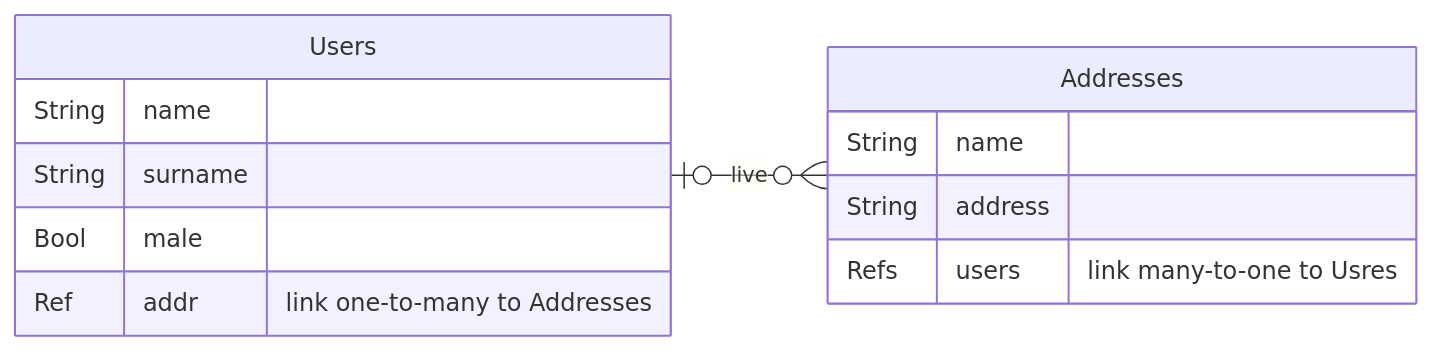
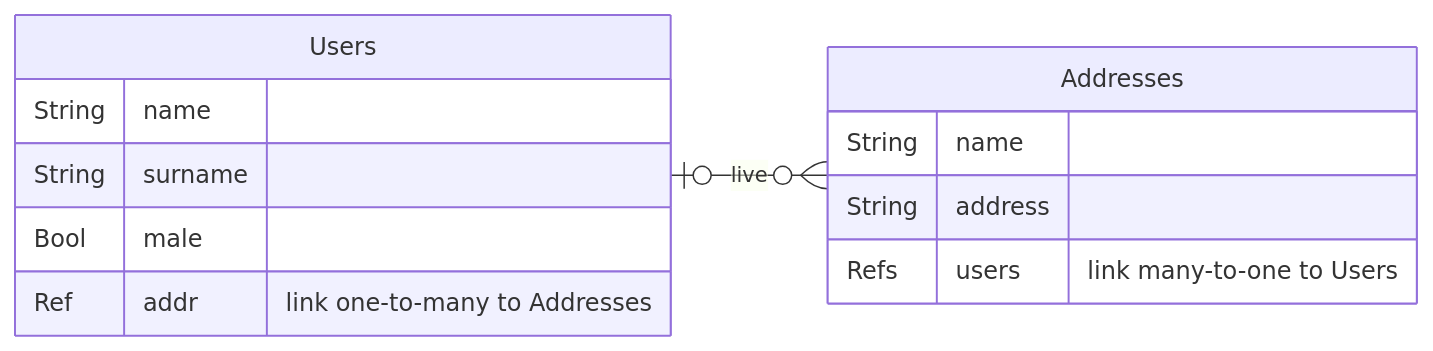
One commit to backo-stricto/diapo changed the third of 5 diagrams in slides.md. Above: the diagram before and after it, drawn with Mermaid. The commit also changed other lines of this file and 1 other file, not shown here.

````diff
--- a/slides.md
+++ b/slides.md
@@ -463,17 +491,17 @@
 ```mermaid
 erDiagram
     direction LR
     classDef className fill:#f9f,stroke:#333,stroke-width:4px
     Users |o--o{ Addresses : live
     Users {
         String name
         String surname
         Bool male
         Ref addr "link one-to-many to Addresses"
     }
     Addresses {
         String name
         String address
-        Refs users "link many-to-one to Usres"
+        Refs users "link many-to-one to Users"
     }
 ```
````
